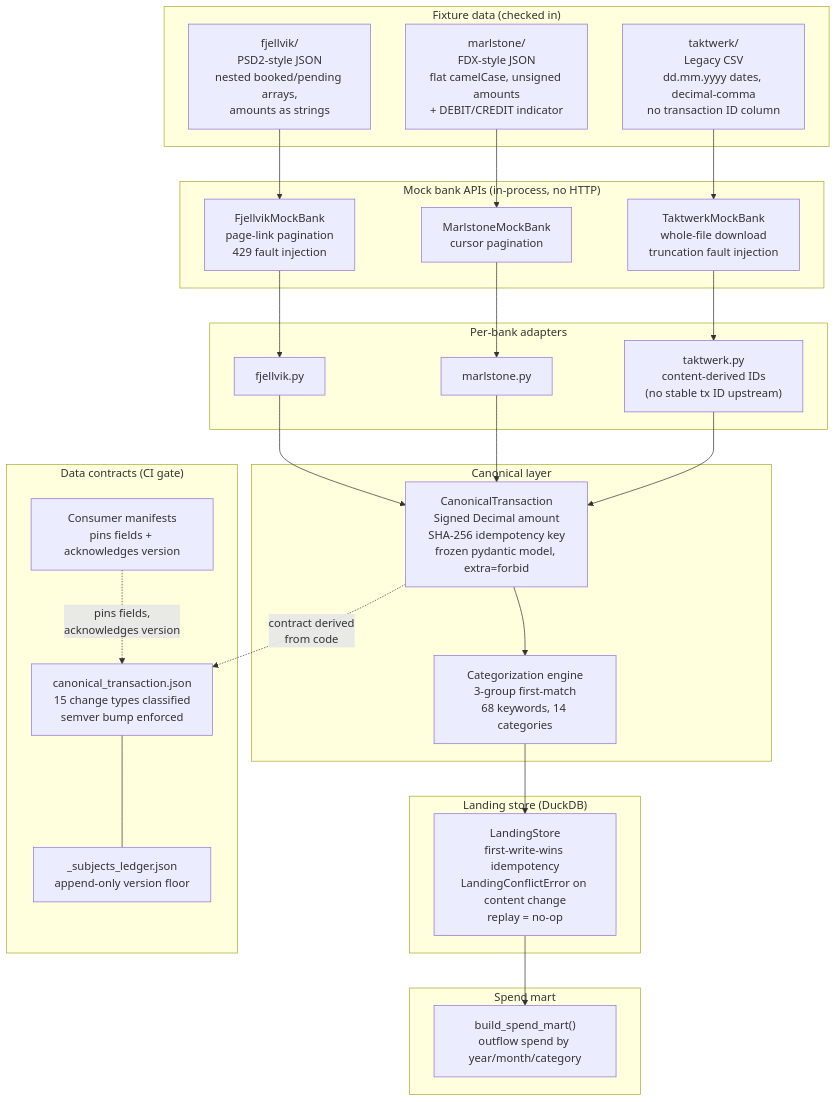
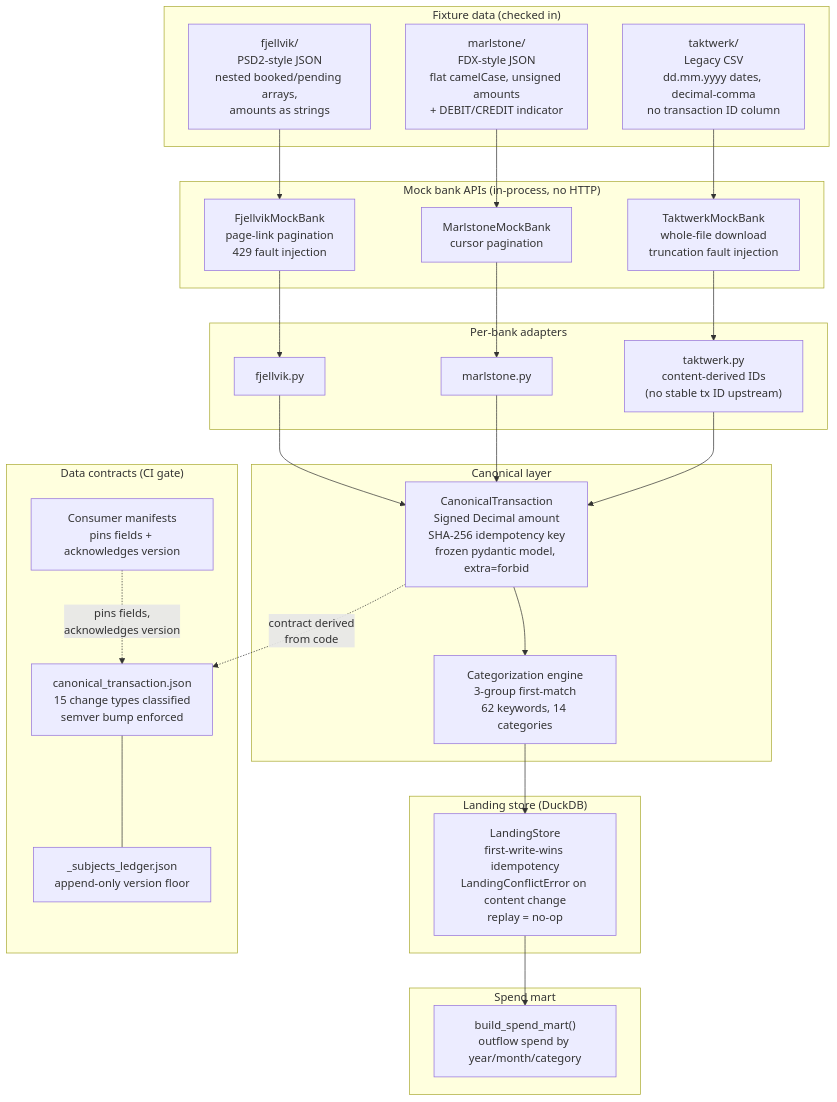
One commit to OmerTDK/open-banking-pipeline changed the diagram in README.md. Above: the diagram before and after it, drawn with Mermaid. The commit also changed other lines of this file and 2 other files, not shown here.

````diff
--- a/README.md
+++ b/README.md
@@ -23,48 +23,48 @@
 ```mermaid
 flowchart TD
     subgraph fixtures["Fixture data (checked in)"]
         FJ["fjellvik/\nPSD2-style JSON\nnested booked/pending arrays,\namounts as strings"]
         ML["marlstone/\nFDX-style JSON\nflat camelCase, unsigned amounts\n+ DEBIT/CREDIT indicator"]
         TW["taktwerk/\nLegacy CSV\ndd.mm.yyyy dates, decimal-comma\nno transaction ID column"]
     end
 
     subgraph mock_apis["Mock bank APIs (in-process, no HTTP)"]
         FJA["FjellvikMockBank\npage-link pagination\n429 fault injection"]
         MLA["MarlstoneMockBank\ncursor pagination"]
         TWA["TaktwerkMockBank\nwhole-file download\ntruncation fault injection"]
     end
 
     subgraph adapters["Per-bank adapters"]
         FAD["fjellvik.py"]
         MAD["marlstone.py"]
         TAD["taktwerk.py\ncontent-derived IDs\n(no stable tx ID upstream)"]
     end
 
     subgraph canonical["Canonical layer"]
         CT["CanonicalTransaction\nSigned Decimal amount\nSHA-256 idempotency key\nfrozen pydantic model, extra=forbid"]
-        CAT["Categorization engine\n3-group first-match\n68 keywords, 14 categories"]
+        CAT["Categorization engine\n3-group first-match\n62 keywords, 14 categories"]
     end
 
     subgraph landing["Landing store (DuckDB)"]
         LS["LandingStore\nfirst-write-wins idempotency\nLandingConflictError on content change\nreplay = no-op"]
     end
 
     subgraph contracts["Data contracts (CI gate)"]
         CTR["canonical_transaction.json\n15 change types classified\nsemver bump enforced"]
         SL["_subjects_ledger.json\nappend-only version floor"]
         CM["Consumer manifests\npins fields + acknowledges version"]
     end
 
     subgraph mart["Spend mart"]
         SM["build_spend_mart()\noutflow spend by year/month/category"]
     end
 
     FJ --> FJA --> FAD --> CT
     ML --> MLA --> MAD --> CT
     TW --> TWA --> TAD --> CT
     CT --> CAT --> LS
     LS --> SM
     CT -.->|"contract derived\nfrom code"| CTR
     CTR --- SL
     CM -.->|"pins fields,\nacknowledges version"| CTR
 ```
````
